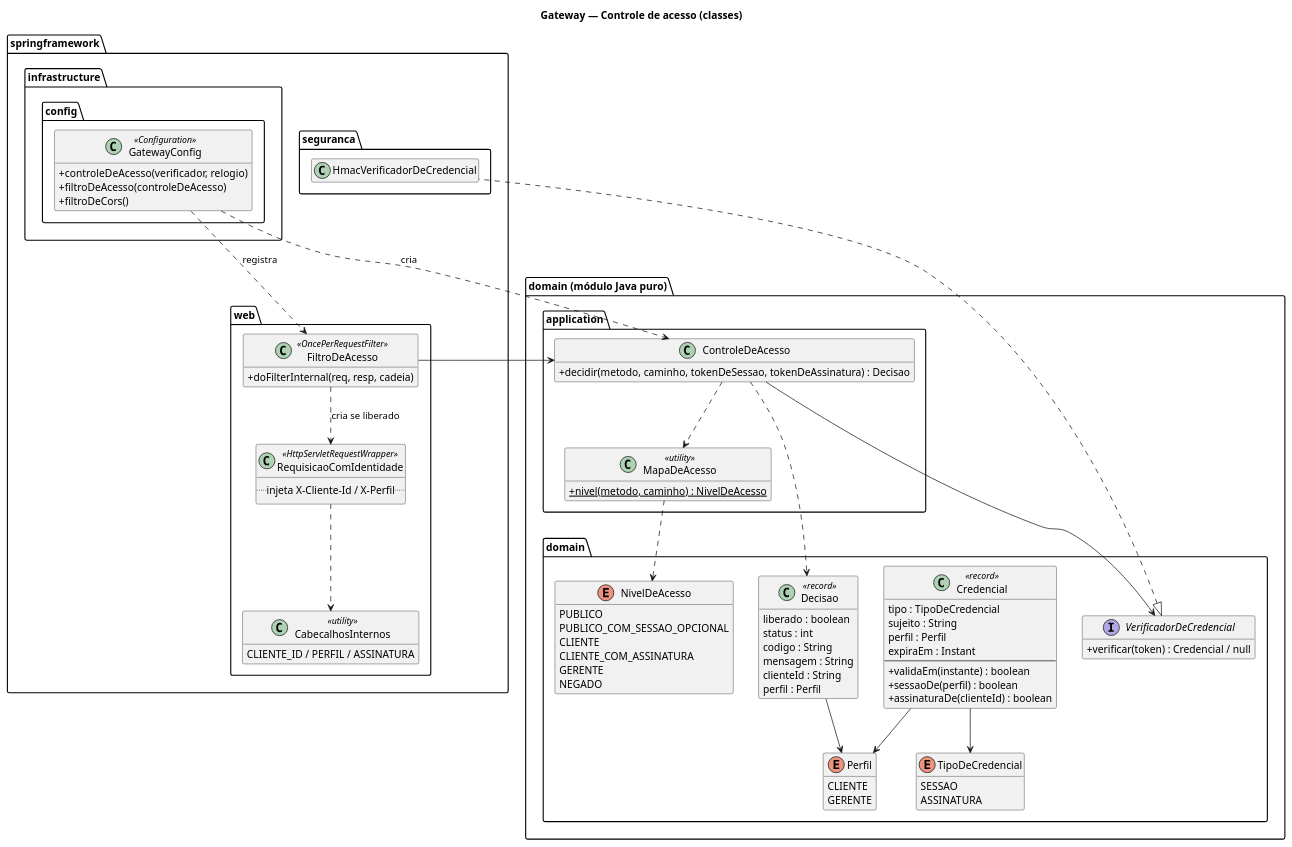
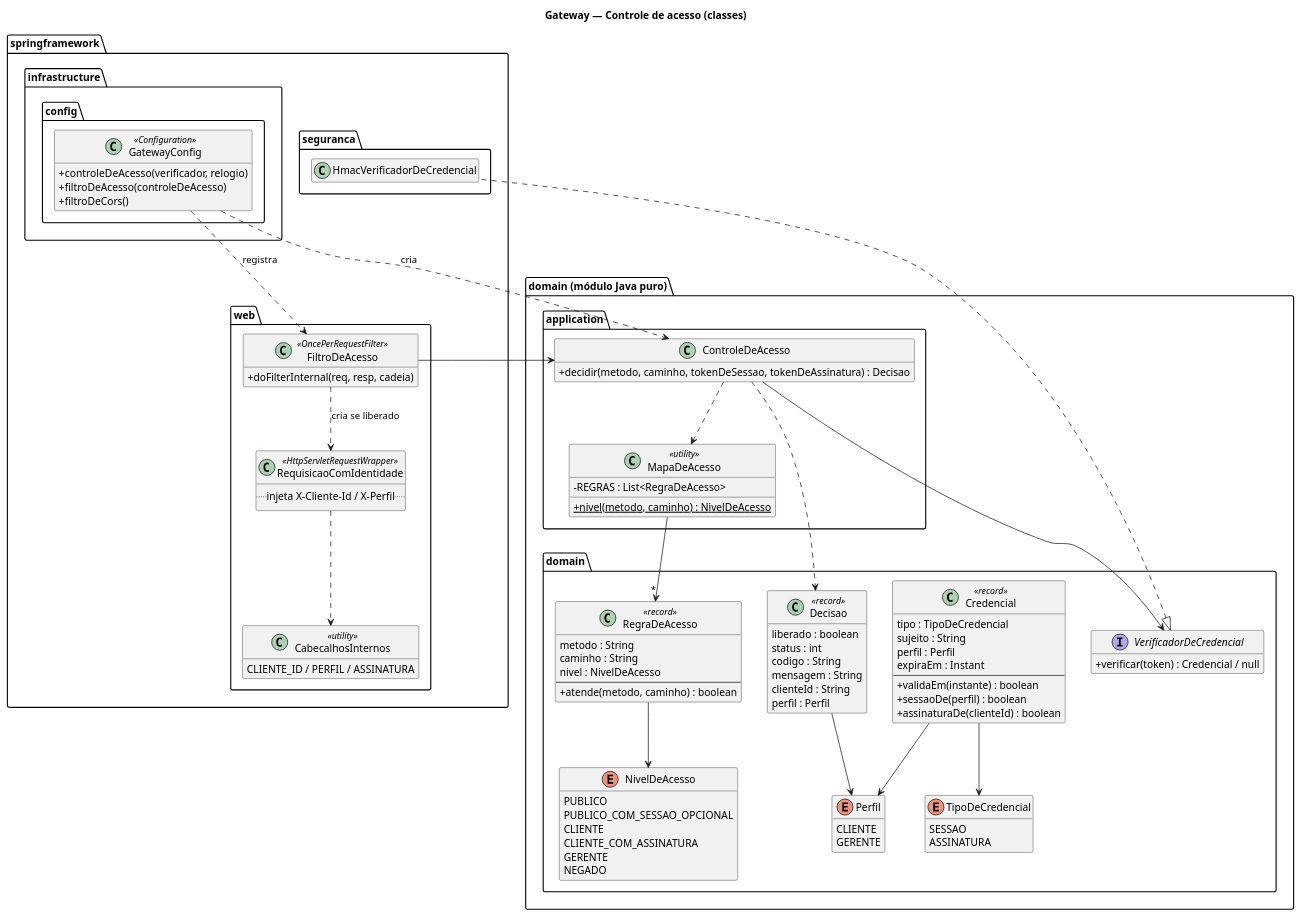
The diagram in docs/plantuml/04-gateway.puml (Endrigogustavo/OrbitaPay), drawn with PlantUML before and after one commit. The commit also changed 97 other files, not shown here.

```diff
--- a/docs/plantuml/04-gateway.puml
+++ b/docs/plantuml/04-gateway.puml
@@ -1,99 +1,108 @@
 @startuml 04-gateway
 title Gateway — Controle de acesso (classes)
 
 skinparam shadowing false
 skinparam defaultFontName "Segoe UI"
 skinparam classAttributeIconSize 0
 hide empty members
 
 package "springframework" {
   package "web" {
     class FiltroDeAcesso <<OncePerRequestFilter>> {
       + doFilterInternal(req, resp, cadeia)
     }
     class RequisicaoComIdentidade <<HttpServletRequestWrapper>> {
       .. injeta X-Cliente-Id / X-Perfil ..
     }
     class CabecalhosInternos <<utility>> {
       CLIENTE_ID / PERFIL / ASSINATURA
     }
   }
 
   package "seguranca" {
     class HmacVerificadorDeCredencial
   }
 
   package "infrastructure.config" {
     class GatewayConfig <<Configuration>> {
       + controleDeAcesso(verificador, relogio)
       + filtroDeAcesso(controleDeAcesso)
       + filtroDeCors()
     }
   }
 }
 
 package "domain (módulo Java puro)" {
   package "application" {
     class ControleDeAcesso {
       + decidir(metodo, caminho, tokenDeSessao, tokenDeAssinatura) : Decisao
     }
     class MapaDeAcesso <<utility>> {
+      - REGRAS : List<RegraDeAcesso>
       + {static} nivel(metodo, caminho) : NivelDeAcesso
     }
   }
 
   package "domain" {
     interface VerificadorDeCredencial {
       + verificar(token) : Credencial / null
     }
     class Credencial <<record>> {
       tipo : TipoDeCredencial
       sujeito : String
       perfil : Perfil
       expiraEm : Instant
       --
       + validaEm(instante) : boolean
       + sessaoDe(perfil) : boolean
       + assinaturaDe(clienteId) : boolean
+    }
+    class RegraDeAcesso <<record>> {
+      metodo : String
+      caminho : String
+      nivel : NivelDeAcesso
+      --
+      + atende(metodo, caminho) : boolean
     }
     class Decisao <<record>> {
       liberado : boolean
       status : int
       codigo : String
       mensagem : String
       clienteId : String
       perfil : Perfil
     }
     enum NivelDeAcesso {
       PUBLICO
       PUBLICO_COM_SESSAO_OPCIONAL
       CLIENTE
       CLIENTE_COM_ASSINATURA
       GERENTE
       NEGADO
     }
     enum Perfil {
       CLIENTE
       GERENTE
     }
     enum TipoDeCredencial {
       SESSAO
       ASSINATURA
     }
   }
 }
 
 GatewayConfig ..> ControleDeAcesso : cria
 GatewayConfig ..> FiltroDeAcesso : registra
 FiltroDeAcesso --> ControleDeAcesso
 FiltroDeAcesso ..> RequisicaoComIdentidade : cria se liberado
 RequisicaoComIdentidade ..> CabecalhosInternos
 ControleDeAcesso ..> MapaDeAcesso
 ControleDeAcesso --> VerificadorDeCredencial
 VerificadorDeCredencial <|.. HmacVerificadorDeCredencial
 ControleDeAcesso ..> Decisao
 Decisao --> Perfil
 Credencial --> TipoDeCredencial
 Credencial --> Perfil
-MapaDeAcesso ..> NivelDeAcesso
+MapaDeAcesso --> "*" RegraDeAcesso
+RegraDeAcesso --> NivelDeAcesso
 @enduml
```
